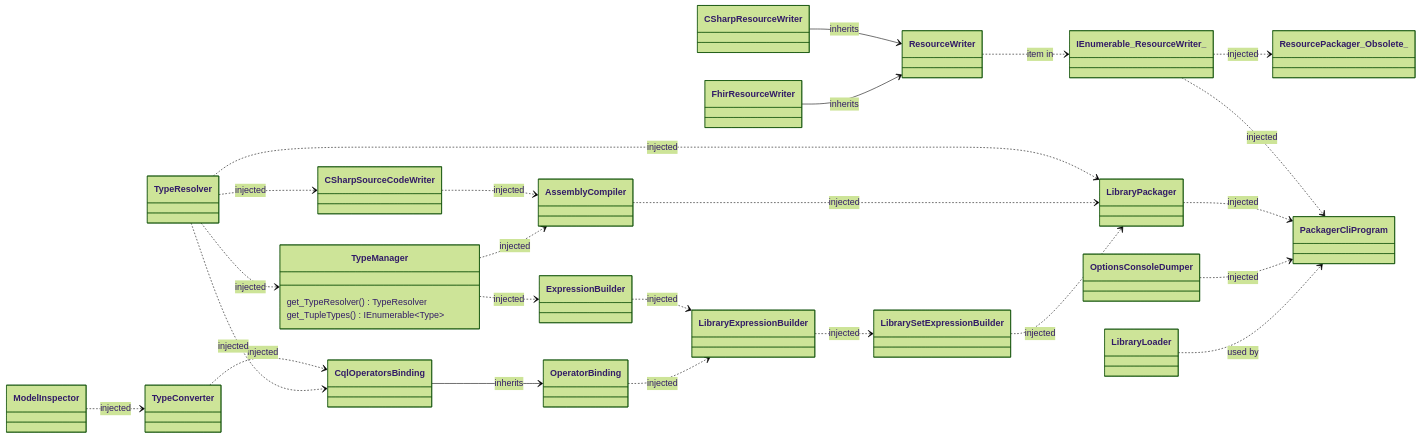
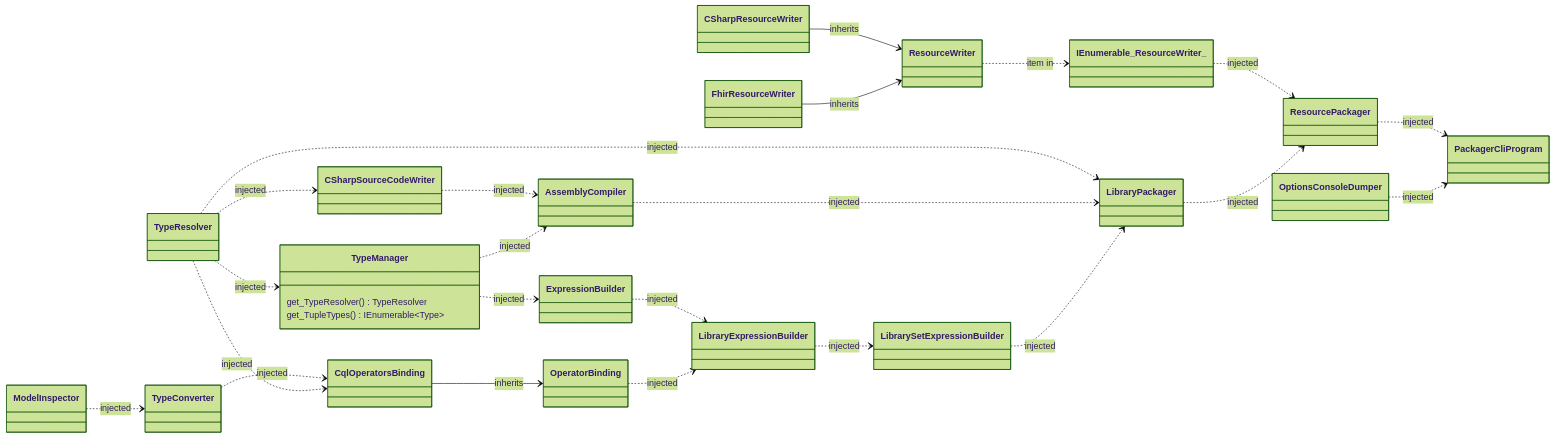
Before and after one commit to FirelyTeam/firely-cql-sdk: the diagram in docs/packager-cli-dependency-graph.md, drawn with Mermaid (forest theme). The commit also changed 5 other files, not shown here.

Commit message:
Un-obsolete ResourcePackager and use it in the PackagerCliProgram

````diff
--- a/docs/packager-cli-dependency-graph.md
+++ b/docs/packager-cli-dependency-graph.md
@@ -5,52 +5,51 @@
 ```mermaid
 classDiagram
     direction LR
 
     class TypeManager {
         get_TypeResolver() TypeResolver
         get_TupleTypes() IEnumerable~Type~
     }
 
     %% HACK: Mermaid doesnt support commas withing generic, so use a similar looking character (﹐)
 
     %% Inheritance  
     CqlOperatorsBinding --> OperatorBinding : inherits
     CSharpResourceWriter --> ResourceWriter : inherits
     FhirResourceWriter --> ResourceWriter : inherits
 
     %% Injected Dependencies
     CSharpSourceCodeWriter ..> AssemblyCompiler : injected
     TypeManager ..> AssemblyCompiler : injected
 
     TypeManager ..> ExpressionBuilder : injected
 
-    IEnumerable_ResourceWriter_ ..> PackagerCliProgram : injected 
-    LibraryPackager ..> PackagerCliProgram : injected 
+    ResourcePackager ..> PackagerCliProgram : injected 
     OptionsConsoleDumper ..> PackagerCliProgram : injected 
-    LibraryLoader ..> PackagerCliProgram : used by 
     
 
     TypeConverter ..> CqlOperatorsBinding : injected         
     TypeResolver ..> CqlOperatorsBinding : injected    
 
     ModelInspector ..> TypeConverter : injected  
 
     TypeResolver ..> TypeManager : injected
 
     TypeResolver ..> LibraryPackager : injected
     AssemblyCompiler ..> LibraryPackager : injected
     LibrarySetExpressionBuilder ..> LibraryPackager : injected
     
     TypeResolver ..> CSharpSourceCodeWriter : injected
 
     ExpressionBuilder ..> LibraryExpressionBuilder : injected
     OperatorBinding ..> LibraryExpressionBuilder : injected
 
     LibraryExpressionBuilder ..> LibrarySetExpressionBuilder : injected
 
     %% Rest
     ResourceWriter ..> IEnumerable_ResourceWriter_ : item in
 
     %% Obsolete
-    IEnumerable_ResourceWriter_ ..> ResourcePackager_Obsolete_ : injected 
+    IEnumerable_ResourceWriter_ ..> ResourcePackager : injected 
+    LibraryPackager ..> ResourcePackager : injected
 ```
````
